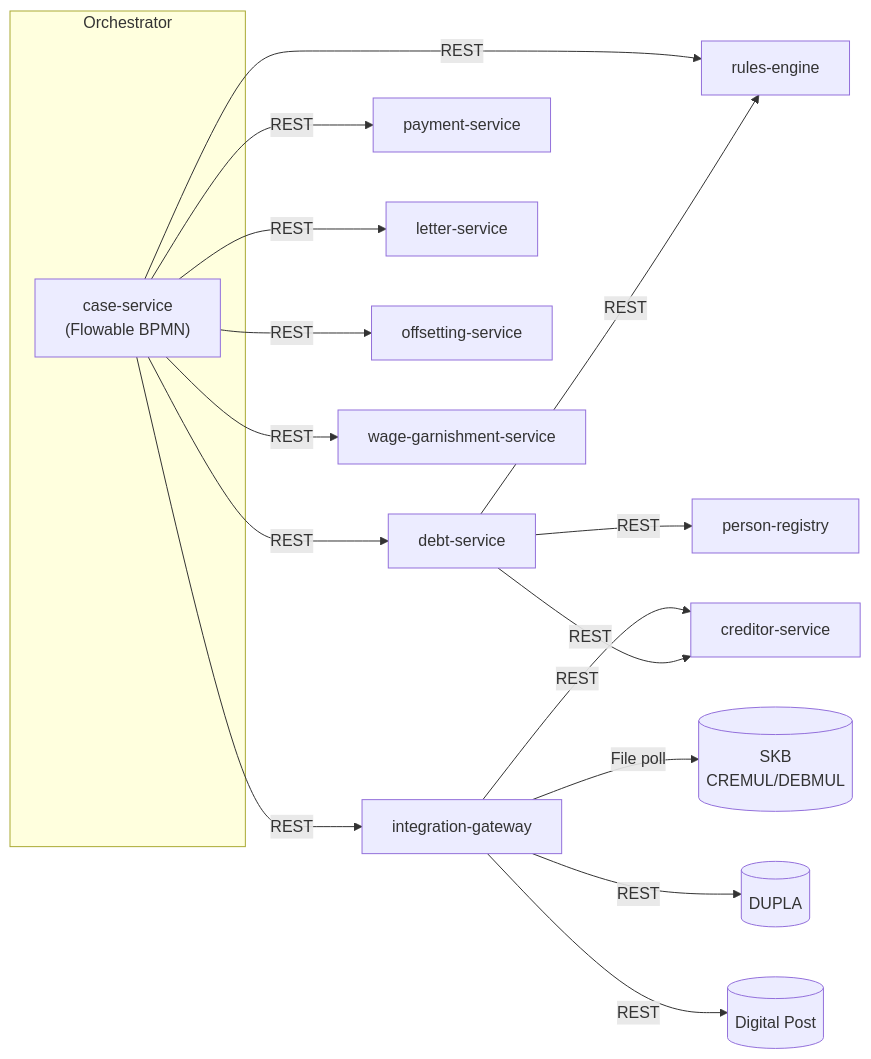
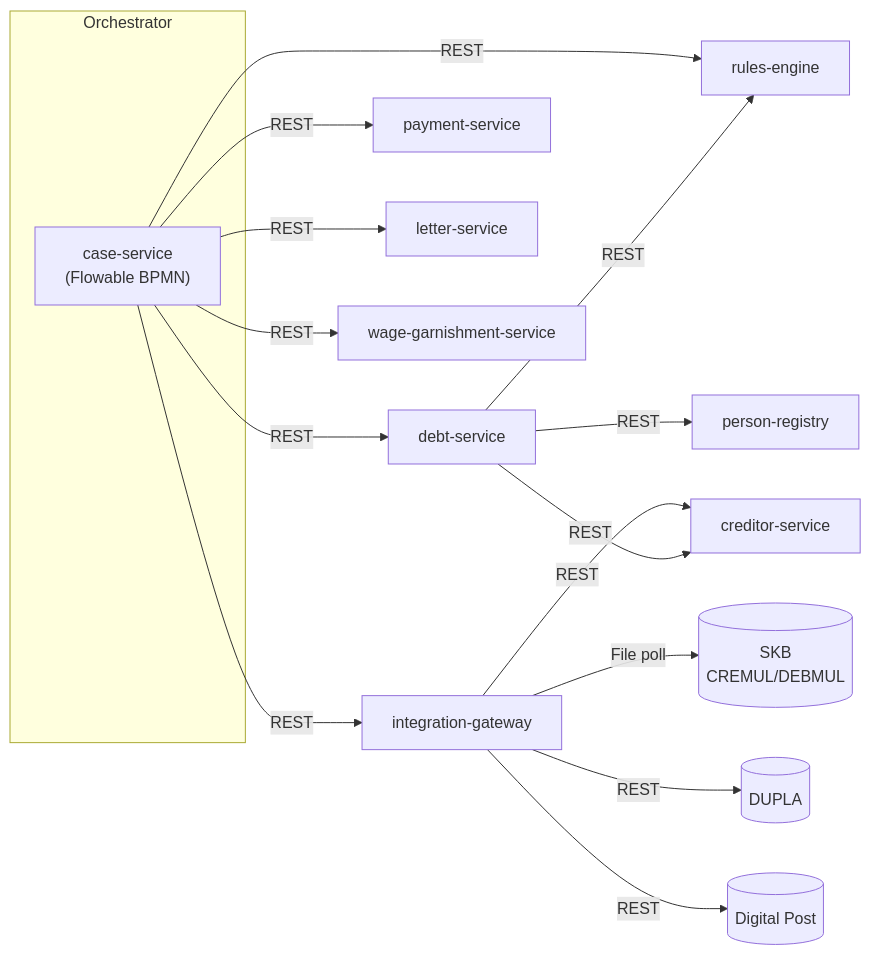
One commit to mfhens/opendebt changed the seventh of 7 diagrams in docs/architecture-overview.md. Above: the diagram before and after it, drawn with Mermaid. The commit also changed other lines of this file and 41 other files, not shown here.

````diff
--- a/docs/architecture-overview.md
+++ b/docs/architecture-overview.md
@@ -412,23 +411,22 @@
 ```mermaid
 flowchart LR
     subgraph Orchestrator
         CS["case-service<br/>(Flowable BPMN)"]
     end
 
     CS -->|REST| DS[debt-service]
     CS -->|REST| RE[rules-engine]
     CS -->|REST| PS[payment-service]
     CS -->|REST| LS[letter-service]
-    CS -->|REST| OS[offsetting-service]
     CS -->|REST| WG[wage-garnishment-service]
     CS -->|REST| IG[integration-gateway]
 
     IG -->|File poll| SKB[(SKB<br/>CREMUL/DEBMUL)]
     IG -->|REST| DUPLA[(DUPLA)]
     IG -->|REST| DP[(Digital Post)]
     IG -->|REST| CRS[creditor-service]
 
     DS -->|REST| RE
     DS -->|REST| PR[person-registry]
     DS -->|REST| CRS
 ```
````
